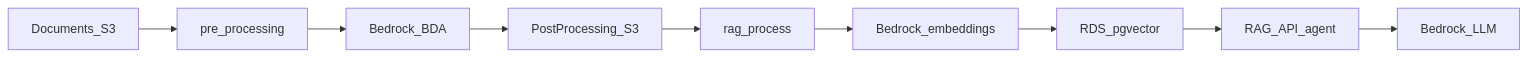
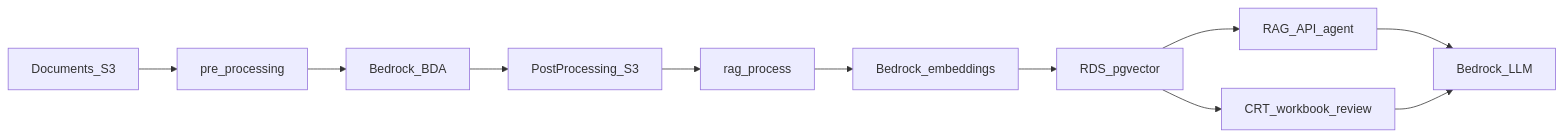
Before and after one commit to Enterprise-CMCS/macsuite-aisuite: the diagram in services/rag/README.md, drawn with Mermaid. The commit also changed other lines of this file and 20 other files, not shown here.

````diff
--- a/services/rag/README.md
+++ b/services/rag/README.md
@@ -24,11 +24,13 @@
 ```mermaid
 flowchart LR
   docsS3[Documents_S3] --> preProcess[pre_processing]
   preProcess --> bda[Bedrock_BDA]
   bda --> postS3[PostProcessing_S3]
   postS3 --> ragProcess[rag_process]
   ragProcess --> embed[Bedrock_embeddings]
   embed --> pgvector[RDS_pgvector]
   pgvector --> api[RAG_API_agent]
+  pgvector --> crt[CRT_workbook_review]
   api --> llm[Bedrock_LLM]
+  crt --> llm
 ```
````
